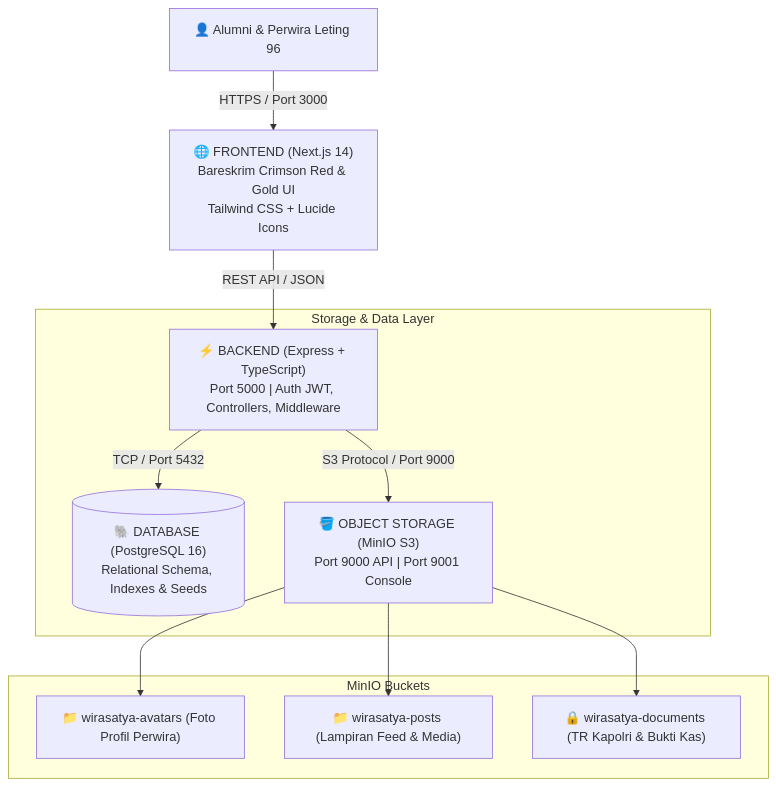
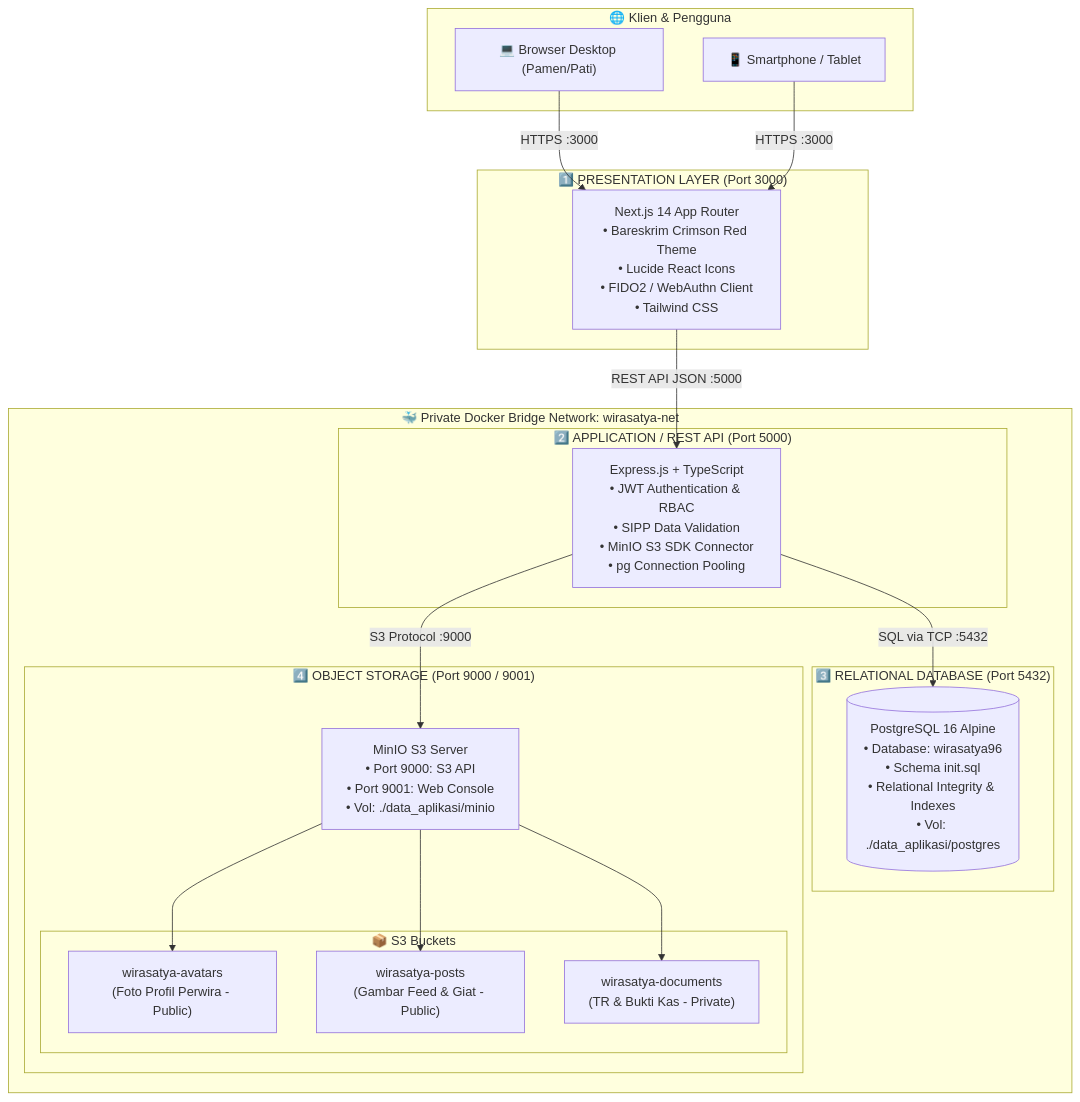
The first of 4 diagrams in ARCHITECTURE.md (omeko11/wirasatya96), drawn with Mermaid before and after one commit. The commit also changed other lines of this file and 4 other files, not shown here.

Commit message:
docs: revamp README, ARCHITECTURE, CONTRIBUTING, SECURITY, and .gitignore to enterprise open-source standard

````diff
--- a/ARCHITECTURE.md
+++ b/ARCHITECTURE.md
@@ -10,16 +19,40 @@
 ```mermaid
 graph TD
-    User["👤 Alumni & Perwira Leting 96"] -->|HTTPS / Port 3000| FE["🌐 FRONTEND (Next.js 14)<br/>Bareskrim Crimson Red & Gold UI<br/>Tailwind CSS + Lucide Icons"]
-    FE -->|REST API / JSON| BE["⚡ BACKEND (Express + TypeScript)<br/>Port 5000 | Auth JWT, Controllers, Middleware"]
-    
-    subgraph Storage & Data Layer
-        BE -->|TCP / Port 5432| DB[("🐘 DATABASE (PostgreSQL 16)<br/>Relational Schema, Indexes & Seeds")]
-        BE -->|S3 Protocol / Port 9000| MinIO["🪣 OBJECT STORAGE (MinIO S3)<br/>Port 9000 API | Port 9001 Console"]
+    subgraph ClientLayer["🌐 Klien & Pengguna"]
+        DesktopUser["💻 Browser Desktop (Pamen/Pati)"]
+        MobileUser["📱 Smartphone / Tablet"]
     end
 
-    subgraph MinIO Buckets
-        MinIO --> B1["📁 wirasatya-avatars (Foto Profil Perwira)"]
-        MinIO --> B2["📁 wirasatya-posts (Lampiran Feed & Media)"]
-        MinIO --> B3["🔒 wirasatya-documents (TR Kapolri & Bukti Kas)"]
+    subgraph Tier1["1️⃣ PRESENTATION LAYER (Port 3000)"]
+        FE["Next.js 14 App Router<br/>• Bareskrim Crimson Red Theme<br/>• Lucide React Icons<br/>• FIDO2 / WebAuthn Client<br/>• Tailwind CSS"]
     end
+
+    subgraph DockerNetwork["🐳 Private Docker Bridge Network: wirasatya-net"]
+        subgraph Tier2["2️⃣ APPLICATION / REST API (Port 5000)"]
+            BE["Express.js + TypeScript<br/>• JWT Authentication & RBAC<br/>• SIPP Data Validation<br/>• MinIO S3 SDK Connector<br/>• pg Connection Pooling"]
+        end
+
+        subgraph Tier3["3️⃣ RELATIONAL DATABASE (Port 5432)"]
+            DB[("PostgreSQL 16 Alpine<br/>• Database: wirasatya96<br/>• Schema init.sql<br/>• Relational Integrity & Indexes<br/>• Vol: ./data_aplikasi/postgres")]
+        end
+
+        subgraph Tier4["4️⃣ OBJECT STORAGE (Port 9000 / 9001)"]
+            MinIO["MinIO S3 Server<br/>• Port 9000: S3 API<br/>• Port 9001: Web Console<br/>• Vol: ./data_aplikasi/minio"]
+            
+            subgraph Buckets["📦 S3 Buckets"]
+                B1["wirasatya-avatars<br/>(Foto Profil Perwira - Public)"]
+                B2["wirasatya-posts<br/>(Gambar Feed & Giat - Public)"]
+                B3["wirasatya-documents<br/>(TR & Bukti Kas - Private)"]
+            end
+        end
+    end
+
+    DesktopUser -->|HTTPS :3000| FE
+    MobileUser -->|HTTPS :3000| FE
+    FE -->|REST API JSON :5000| BE
+    BE -->|SQL via TCP :5432| DB
+    BE -->|S3 Protocol :9000| MinIO
+    MinIO --> B1
+    MinIO --> B2
+    MinIO --> B3
 ```
````
